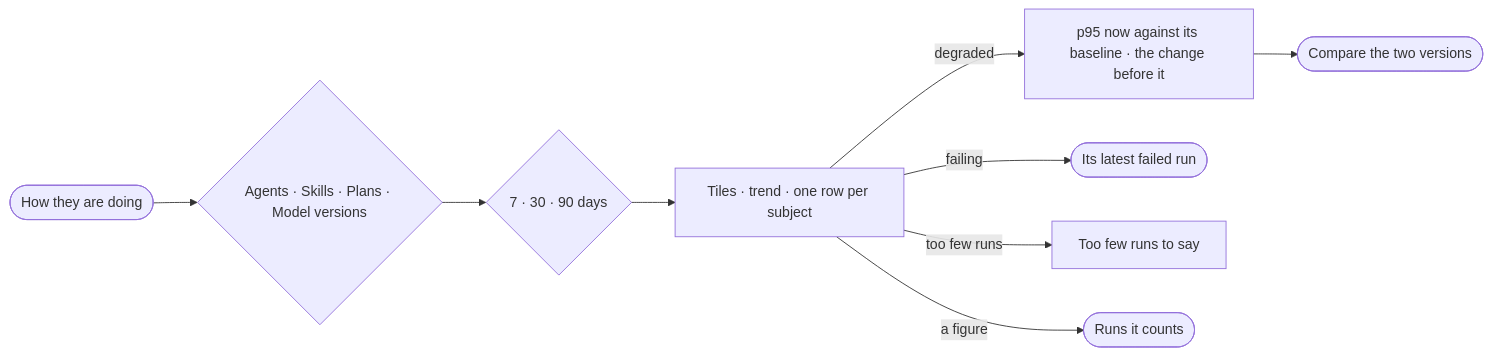
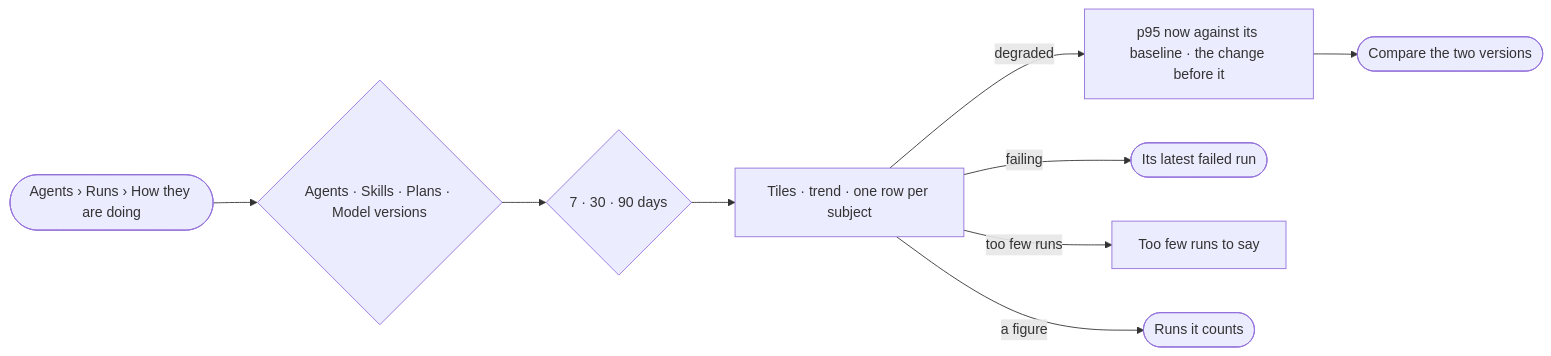
The diagram in specs/os/control/features/CP-F10-runs-and-how-the-agents-are-doing/stories/CP-53-see-what-got-worse-and-the-change-that-did-it/story.md (invana/invana), drawn with Mermaid before and after one commit. The commit also changed other lines of this file and 43 other files, not shown here.

````diff
--- a/specs/os/control/features/CP-F10-runs-and-how-the-agents-are-doing/stories/CP-53-see-what-got-worse-and-the-change-that-did-it/story.md
+++ b/specs/os/control/features/CP-F10-runs-and-how-the-agents-are-doing/stories/CP-53-see-what-got-worse-and-the-change-that-did-it/story.md
@@ -27,11 +27,11 @@
 ```mermaid
 flowchart LR
-  a([How they are doing]) --> t{"Agents · Skills · Plans · Model versions"}
+  a(["Agents › Runs › How they are doing"]) --> t{"Agents · Skills · Plans · Model versions"}
   t --> w{"7 · 30 · 90 days"}
   w --> n["Tiles · trend · one row per subject"]
   n -->|degraded| d["p95 now against its baseline · the change before it"]
   d --> c(["Compare the two versions"])
   n -->|failing| f(["Its latest failed run"])
   n -->|too few runs| x["Too few runs to say"]
   n -->|a figure| r(["Runs it counts"])
 ```
````
